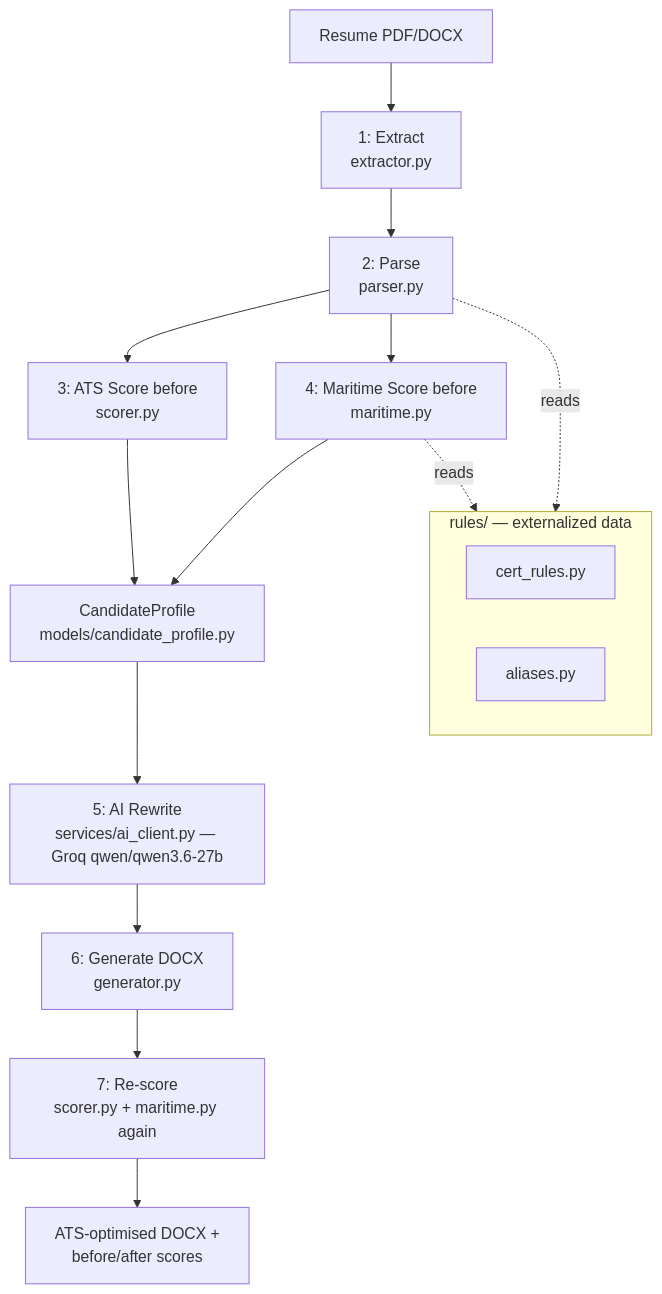
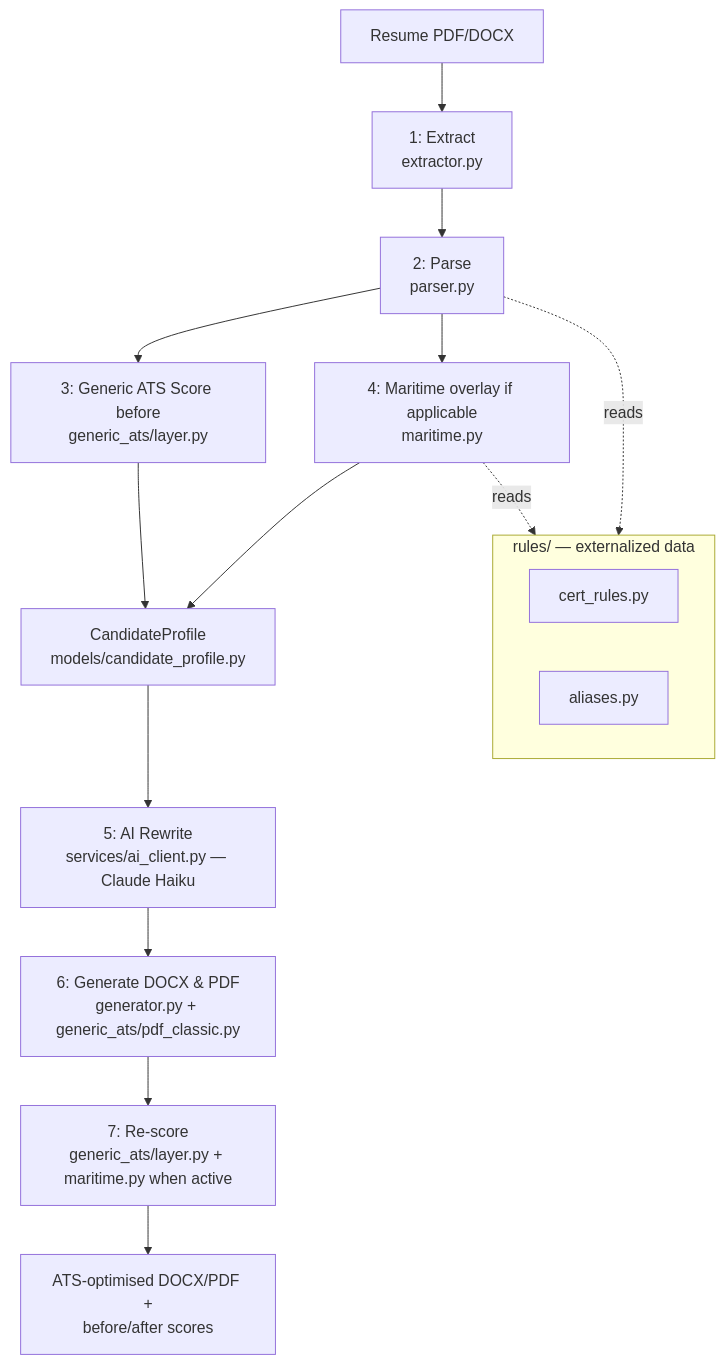
The diagram in CLAUDE.md (shreyabansalll/MYC-ATS), drawn with Mermaid before and after one commit. The commit also changed other lines of this file and 41 other files, not shown here.

````diff
--- a/CLAUDE.md
+++ b/CLAUDE.md
@@ -21,20 +30,20 @@
 ```mermaid
 flowchart TD
     U[Resume PDF/DOCX] --> S1[1: Extract\nextractor.py]
     S1 --> S2[2: Parse\nparser.py]
-    S2 --> S3[3: ATS Score before\nscorer.py]
-    S2 --> S4[4: Maritime Score before\nmaritime.py]
+    S2 --> S3[3: Generic ATS Score before\ngeneric_ats/layer.py]
+    S2 --> S4[4: Maritime overlay if applicable\nmaritime.py]
     S3 --> CP[CandidateProfile\nmodels/candidate_profile.py]
     S4 --> CP
-    CP --> S5[5: AI Rewrite\nservices/ai_client.py — Groq qwen/qwen3.6-27b]
-    S5 --> S6[6: Generate DOCX\ngenerator.py]
-    S6 --> S7[7: Re-score\nscorer.py + maritime.py again]
-    S7 --> OUT[ATS-optimised DOCX +\nbefore/after scores]
+    CP --> S5[5: AI Rewrite\nservices/ai_client.py — Claude Haiku]
+    S5 --> S6[6: Generate DOCX & PDF\ngenerator.py + generic_ats/pdf_classic.py]
+    S6 --> S7[7: Re-score\ngeneric_ats/layer.py + maritime.py when active]
+    S7 --> OUT[ATS-optimised DOCX/PDF +\nbefore/after scores]
 
     subgraph rules[rules/ — externalized data]
         CR[cert_rules.py]
         AL[aliases.py]
     end
     S4 -.reads.-> rules
     S2 -.reads.-> rules
 ```
````
